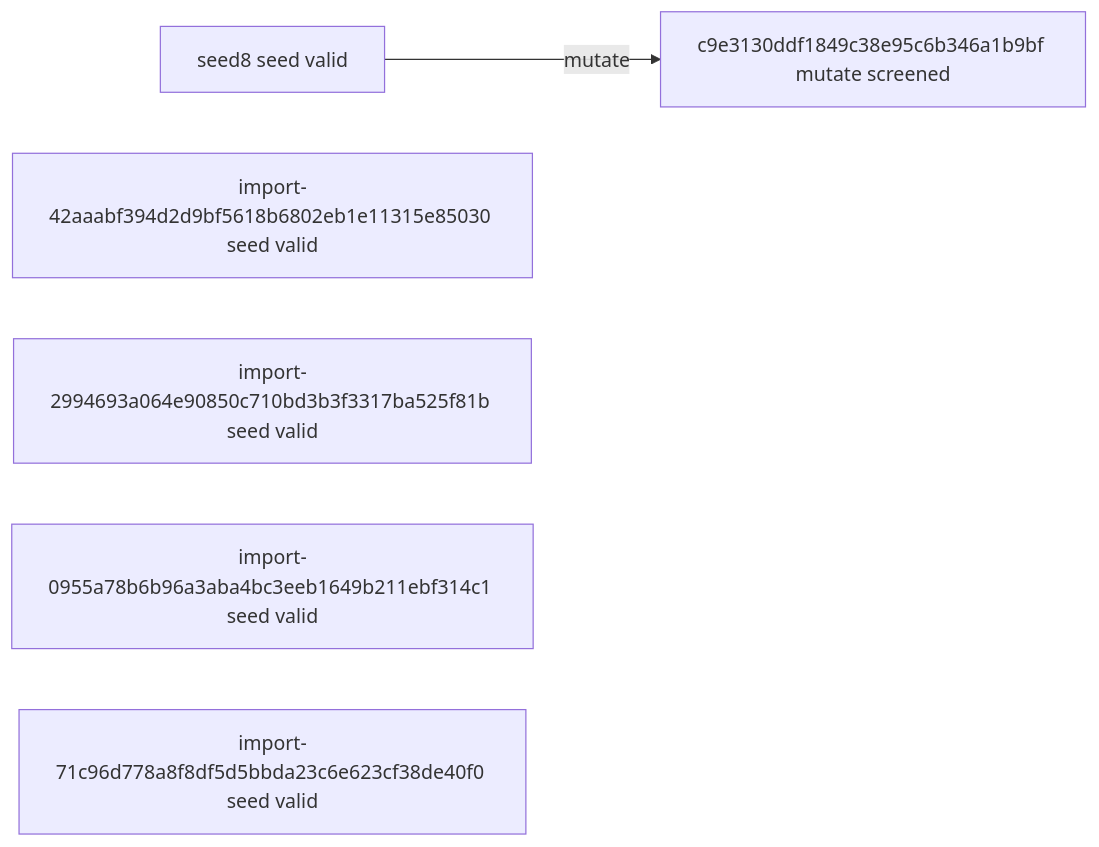
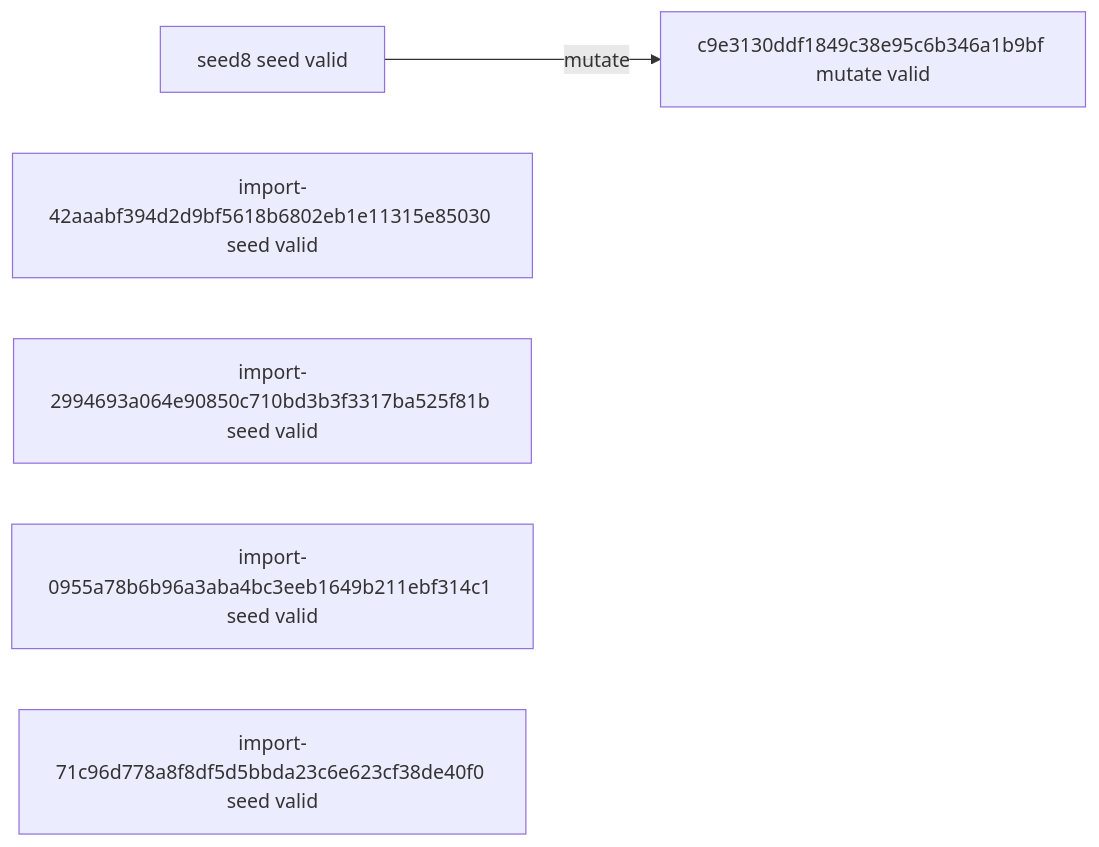
The diagram in experiments/campaigns/smac-pilot-v1/README.md (timbtz/feyer-search-lab), drawn with Mermaid before and after one commit. The commit also changed other lines of this file and 7 other files, not shown here.

````diff
--- a/experiments/campaigns/smac-pilot-v1/README.md
+++ b/experiments/campaigns/smac-pilot-v1/README.md
@@ -21,10 +21,10 @@
 ```mermaid
 graph LR
   n0["seed8 seed valid"]
   n1["import-42aaabf394d2d9bf5618b6802eb1e11315e85030 seed valid"]
   n2["import-2994693a064e90850c710bd3b3f3317ba525f81b seed valid"]
   n3["import-0955a78b6b96a3aba4bc3eeb1649b211ebf314c1 seed valid"]
   n4["import-71c96d778a8f8df5d5bbda23c6e623cf38de40f0 seed valid"]
-  n5["c9e3130ddf1849c38e95c6b346a1b9bf mutate screened"]
+  n5["c9e3130ddf1849c38e95c6b346a1b9bf mutate valid"]
   n0 -->|mutate| n5
 ```
````
